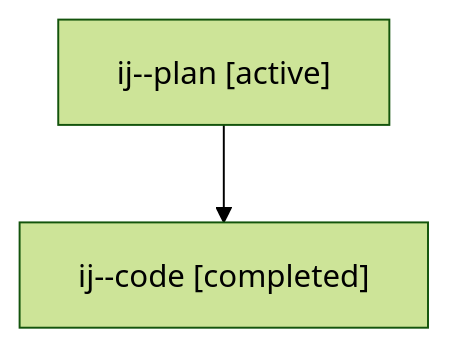
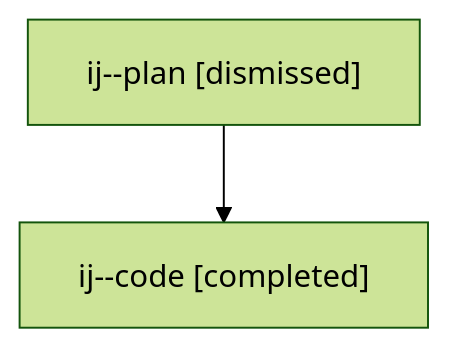
The diagram in sessions/bbugyi200.athena.ij.md (sase-org/sase--agents), drawn with Mermaid (forest theme) before and after one commit. The commit also changed other lines of this file and 18 other files, not shown here.

````diff
--- a/sessions/bbugyi200.athena.ij.md
+++ b/sessions/bbugyi200.athena.ij.md
@@ -9,6 +9,6 @@
 ```mermaid
 flowchart TD
-  n0["ij--plan [active]"]
+  n0["ij--plan [dismissed]"]
   n1["ij--code [completed]"]
   n0 --> n1
 ```
````
